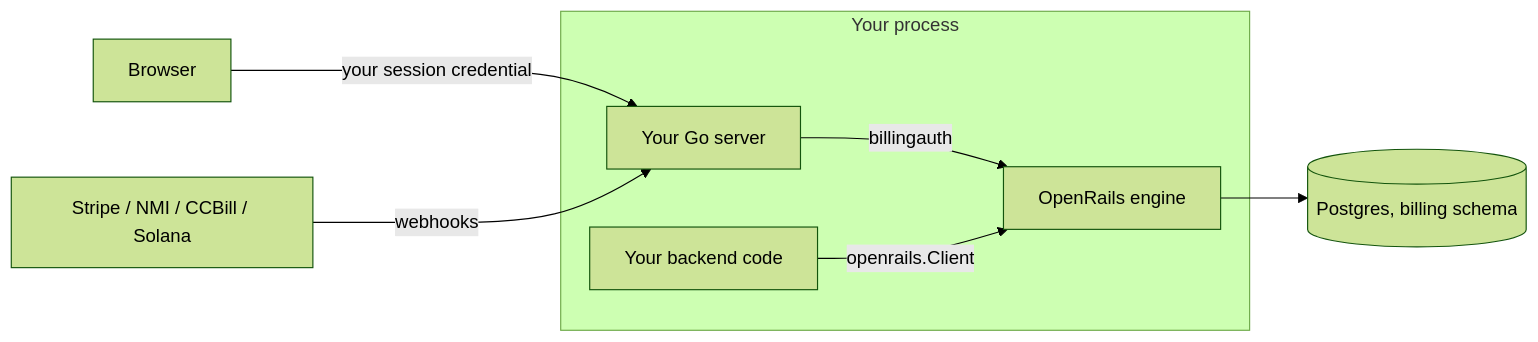
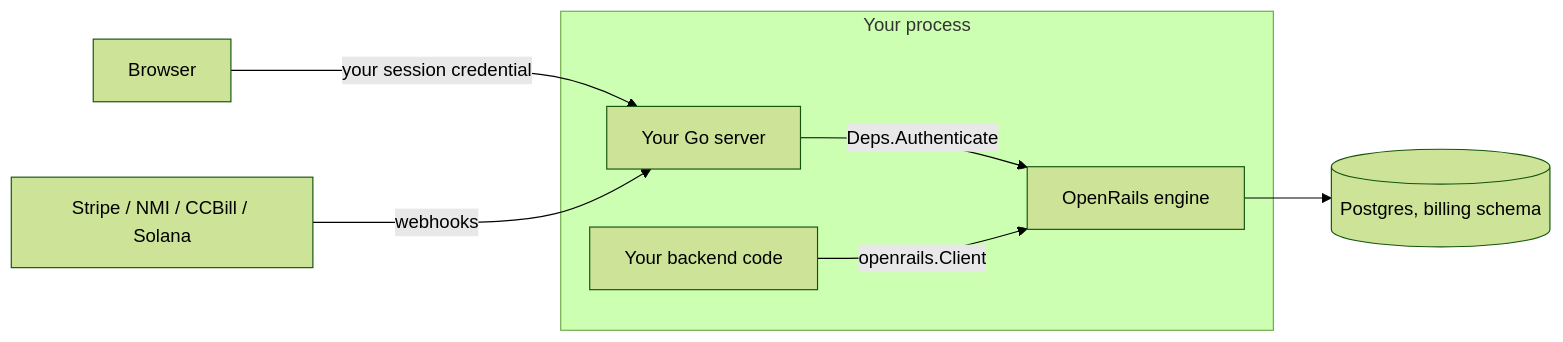
One commit to open-rails/openrails changed the diagram in docs/embedded-integration.md. Above: the diagram before and after it, drawn with Mermaid (forest theme). The commit also changed other lines of this file and 23 other files, not shown here.

````diff
--- a/docs/embedded-integration.md
+++ b/docs/embedded-integration.md
@@ -29,10 +29,10 @@
 ```mermaid
 flowchart LR
     B[Browser] -- your session credential --> S[Your Go server]
     subgraph P[Your process]
-        S -- billingauth --> OR[OpenRails engine]
+        S -- Deps.Authenticate --> OR[OpenRails engine]
         C[Your backend code] -- openrails.Client --> OR
     end
     OR --> PG[(Postgres, billing schema)]
     R[Stripe / NMI / CCBill / Solana] -- webhooks --> S
 ```
````
